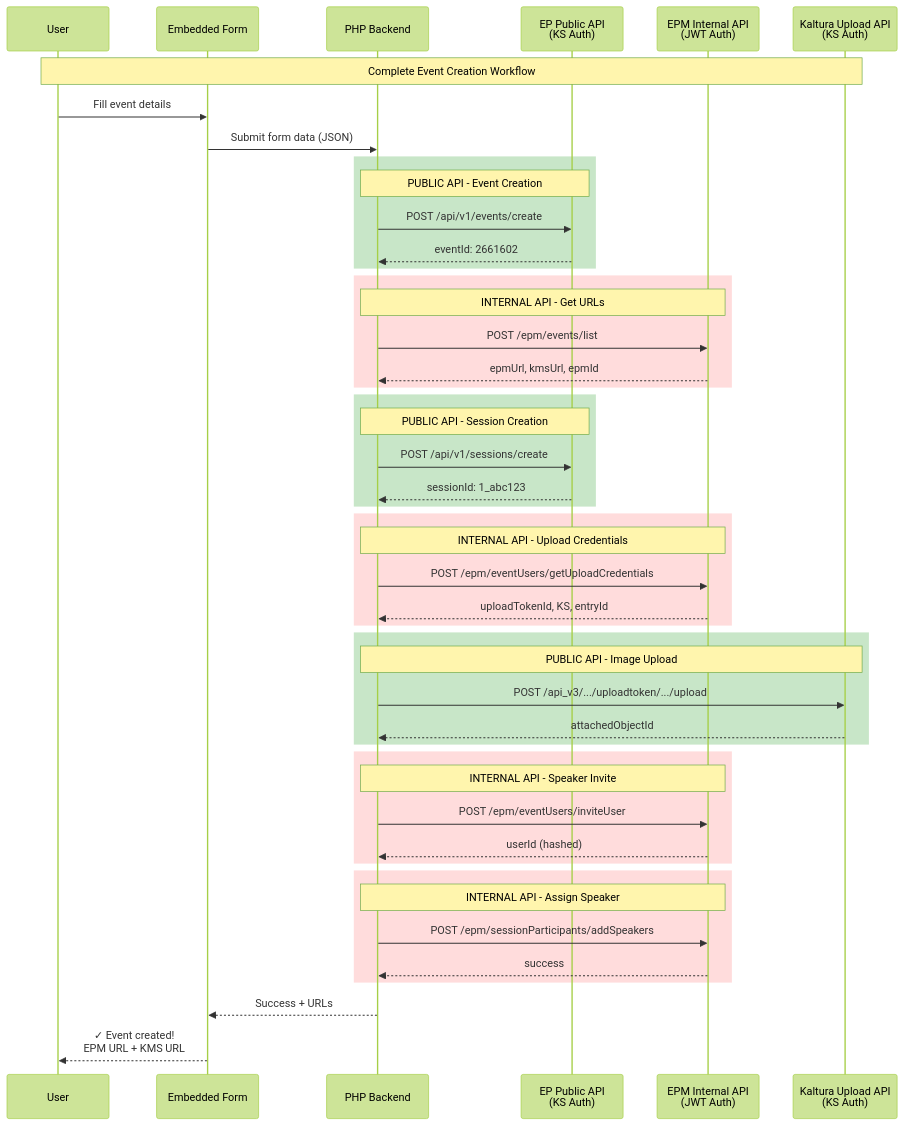
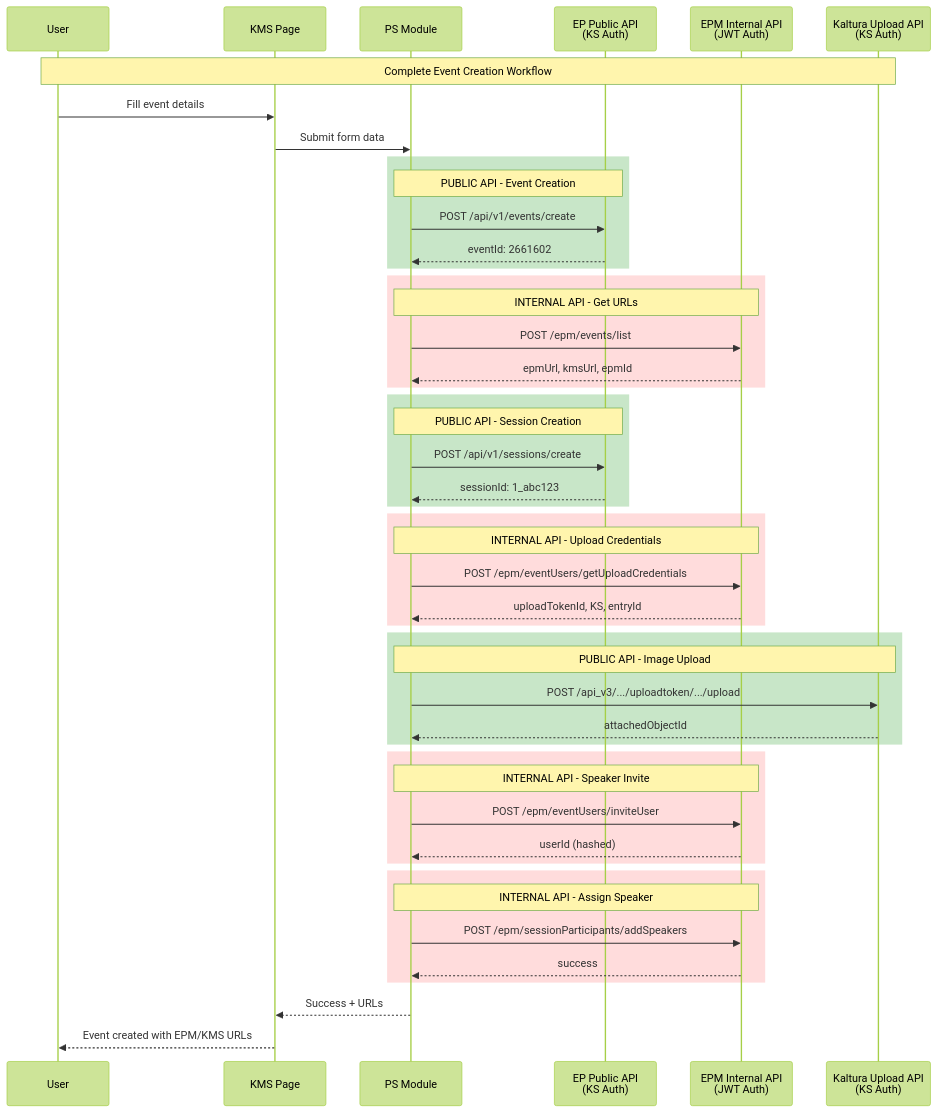
Before and after one commit to Tomcohen514/abm-in-a-box: the second of 3 diagrams in README.md, drawn with Mermaid (forest theme). The commit also changed other lines of this file, not shown here.

First line of the commit message:
Update architecture: clarify KMS page + PS module

````diff
--- a/README.md
+++ b/README.md
@@ -93,59 +95,59 @@
 ```mermaid
 sequenceDiagram
     participant User
-    participant Form as Embedded Form
-    participant PHP as PHP Backend
+    participant KMS as KMS Page
+    participant PS as PS Module
     participant EPAPI as EP Public API<br/>(KS Auth)
     participant EPMAPI as EPM Internal API<br/>(JWT Auth)
     participant Upload as Kaltura Upload API<br/>(KS Auth)
 
     Note over User,Upload: Complete Event Creation Workflow
 
-    User->>Form: Fill event details
-    Form->>PHP: Submit form data (JSON)
+    User->>KMS: Fill event details
+    KMS->>PS: Submit form data
 
     rect rgb(200, 230, 200)
-        Note over PHP,EPAPI: PUBLIC API - Event Creation
-        PHP->>EPAPI: POST /api/v1/events/create
-        EPAPI-->>PHP: eventId: 2661602
+        Note over PS,EPAPI: PUBLIC API - Event Creation
+        PS->>EPAPI: POST /api/v1/events/create
+        EPAPI-->>PS: eventId: 2661602
     end
 
     rect rgb(255, 220, 220)
-        Note over PHP,EPMAPI: INTERNAL API - Get URLs
-        PHP->>EPMAPI: POST /epm/events/list
-        EPMAPI-->>PHP: epmUrl, kmsUrl, epmId
+        Note over PS,EPMAPI: INTERNAL API - Get URLs
+        PS->>EPMAPI: POST /epm/events/list
+        EPMAPI-->>PS: epmUrl, kmsUrl, epmId
     end
 
     rect rgb(200, 230, 200)
-        Note over PHP,EPAPI: PUBLIC API - Session Creation
-        PHP->>EPAPI: POST /api/v1/sessions/create
-        EPAPI-->>PHP: sessionId: 1_abc123
+        Note over PS,EPAPI: PUBLIC API - Session Creation
+        PS->>EPAPI: POST /api/v1/sessions/create
+        EPAPI-->>PS: sessionId: 1_abc123
     end
 
     rect rgb(255, 220, 220)
-        Note over PHP,EPMAPI: INTERNAL API - Upload Credentials
-        PHP->>EPMAPI: POST /epm/eventUsers/getUploadCredentials
-        EPMAPI-->>PHP: uploadTokenId, KS, entryId
+        Note over PS,EPMAPI: INTERNAL API - Upload Credentials
+        PS->>EPMAPI: POST /epm/eventUsers/getUploadCredentials
+        EPMAPI-->>PS: uploadTokenId, KS, entryId
     end
 
     rect rgb(200, 230, 200)
-        Note over PHP,Upload: PUBLIC API - Image Upload
-        PHP->>Upload: POST /api_v3/.../uploadtoken/.../upload
-        Upload-->>PHP: attachedObjectId
+        Note over PS,Upload: PUBLIC API - Image Upload
+        PS->>Upload: POST /api_v3/.../uploadtoken/.../upload
+        Upload-->>PS: attachedObjectId
     end
 
     rect rgb(255, 220, 220)
-        Note over PHP,EPMAPI: INTERNAL API - Speaker Invite
-        PHP->>EPMAPI: POST /epm/eventUsers/inviteUser
-        EPMAPI-->>PHP: userId (hashed)
+        Note over PS,EPMAPI: INTERNAL API - Speaker Invite
+        PS->>EPMAPI: POST /epm/eventUsers/inviteUser
+        EPMAPI-->>PS: userId (hashed)
     end
 
     rect rgb(255, 220, 220)
-        Note over PHP,EPMAPI: INTERNAL API - Assign Speaker
-        PHP->>EPMAPI: POST /epm/sessionParticipants/addSpeakers
-        EPMAPI-->>PHP: success
+        Note over PS,EPMAPI: INTERNAL API - Assign Speaker
+        PS->>EPMAPI: POST /epm/sessionParticipants/addSpeakers
+        EPMAPI-->>PS: success
     end
 
-    PHP-->>Form: Success + URLs
-    Form-->>User: ✓ Event created!<br/>EPM URL + KMS URL
+    PS-->>KMS: Success + URLs
+    KMS-->>User: Event created with EPM/KMS URLs
 ```
````
